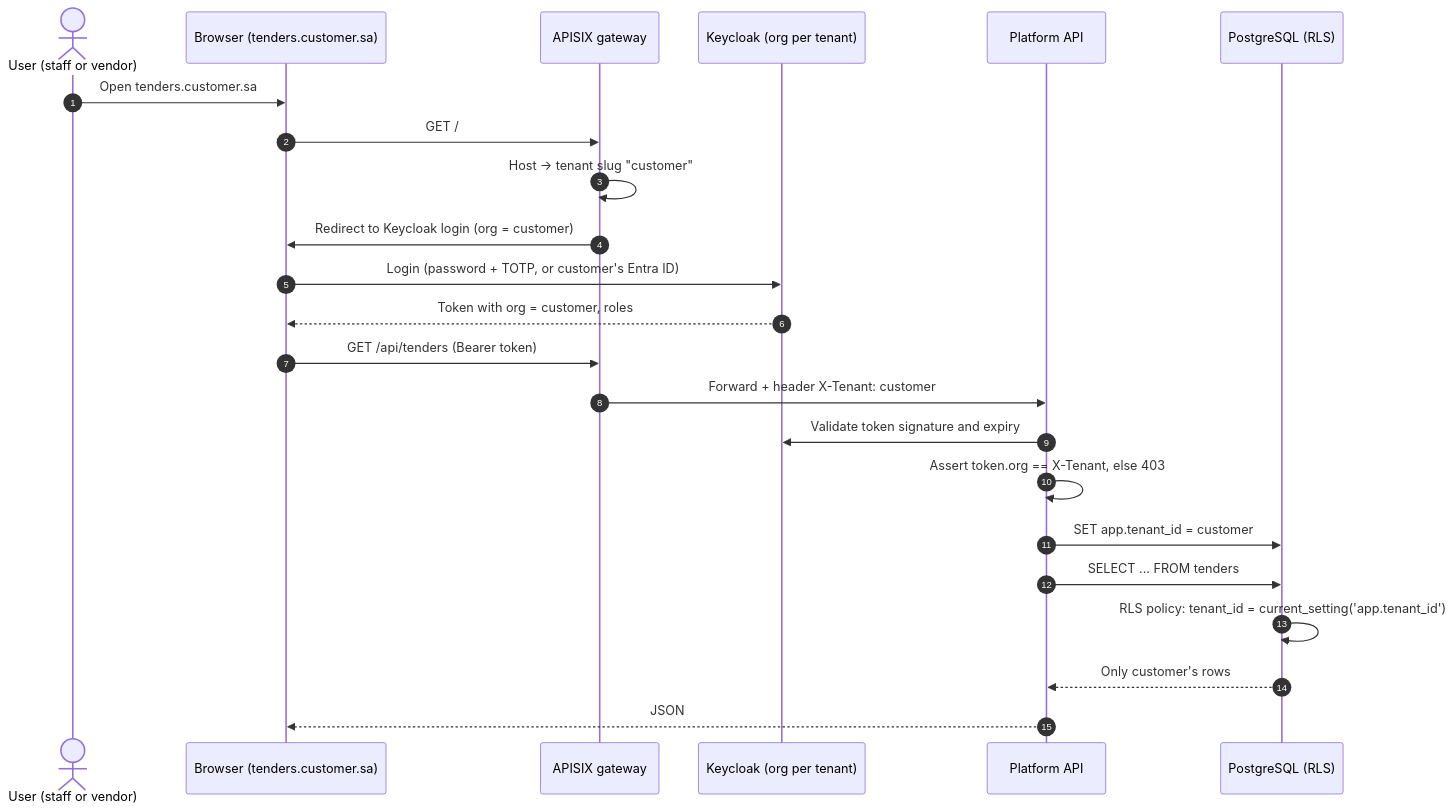
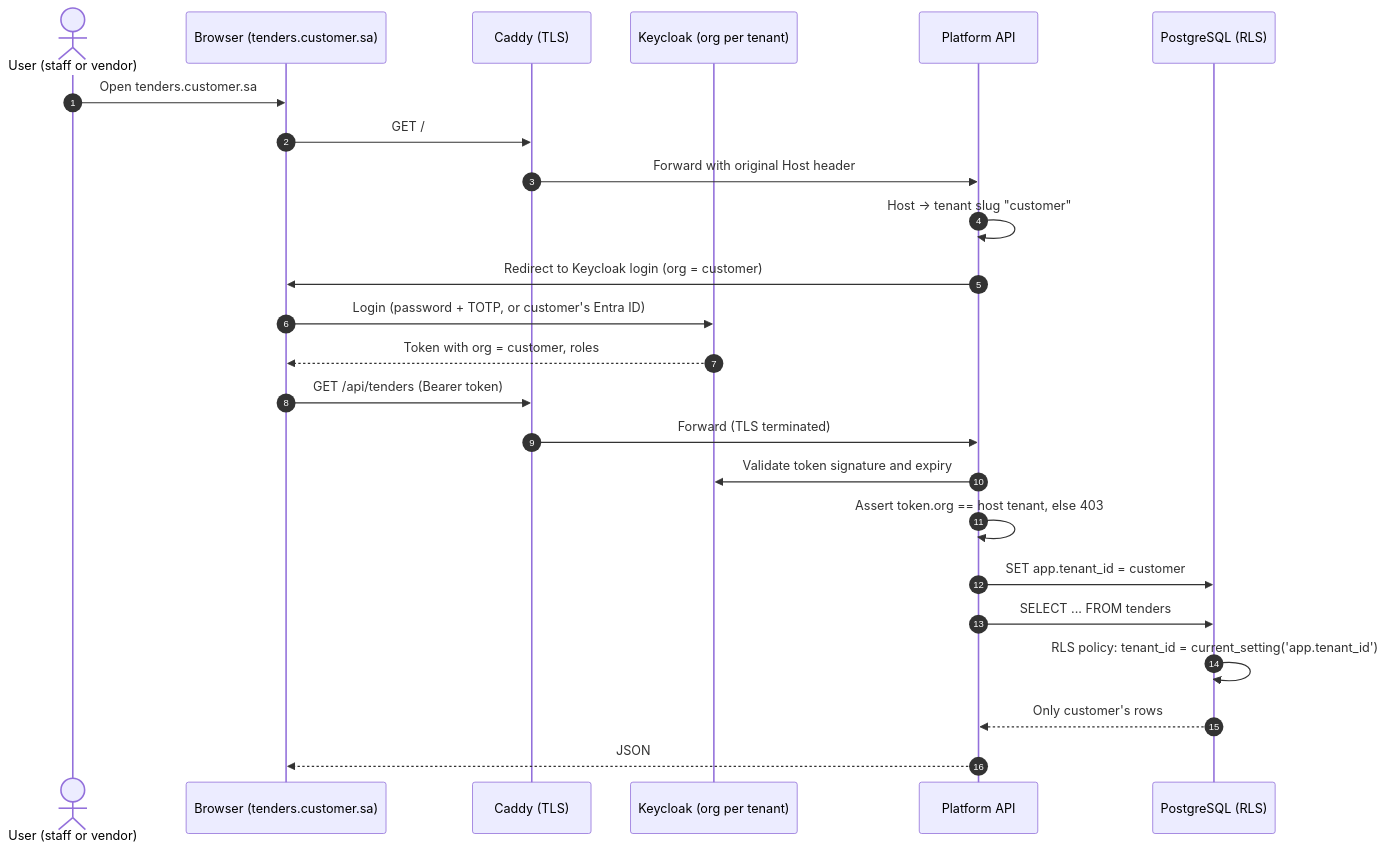
The fifth of 13 diagrams in docs/03-diagrams.md (AhmedAssaf/ERP), drawn with Mermaid before and after one commit. The commit also changed other lines of this file and 1 other file, not shown here.

Commit message:
Decide edge: Caddy for TLS and routing, no API gateway in v1
Replace APISIX with Caddy on-demand TLS in the stack table, architecture
diagram, tenancy notes, repo layout, login sequence, and deployment
diagram. Tenant resolution and rate limiting move into ASP.NET Core.
Record the gateway assessment (Kong OSS, APISIX, Tyk, Ocelot, WSO2) and
name Ocelot as the later option if a gateway becomes necessary.

````diff
--- a/docs/03-diagrams.md
+++ b/docs/03-diagrams.md
@@ -169,26 +169,27 @@
 ```mermaid
 sequenceDiagram
     autonumber
     actor U as User (staff or vendor)
     participant B as Browser (tenders.customer.sa)
-    participant GW as APISIX gateway
+    participant GW as Caddy (TLS)
     participant KC as Keycloak (org per tenant)
     participant API as Platform API
     participant DB as PostgreSQL (RLS)
 
     U->>B: Open tenders.customer.sa
     B->>GW: GET /
-    GW->>GW: Host -> tenant slug "customer"
-    GW->>B: Redirect to Keycloak login (org = customer)
+    GW->>API: Forward with original Host header
+    API->>API: Host -> tenant slug "customer"
+    API->>B: Redirect to Keycloak login (org = customer)
     B->>KC: Login (password + TOTP, or customer's Entra ID)
     KC-->>B: Token with org = customer, roles
     B->>GW: GET /api/tenders (Bearer token)
-    GW->>API: Forward + header X-Tenant: customer
+    GW->>API: Forward (TLS terminated)
     API->>KC: Validate token signature and expiry
-    API->>API: Assert token.org == X-Tenant, else 403
+    API->>API: Assert token.org == host tenant, else 403
     API->>DB: SET app.tenant_id = customer
     API->>DB: SELECT ... FROM tenders
     DB->>DB: RLS policy: tenant_id = current_setting('app.tenant_id')
     DB-->>API: Only customer's rows
     API-->>B: JSON
 ```
````
